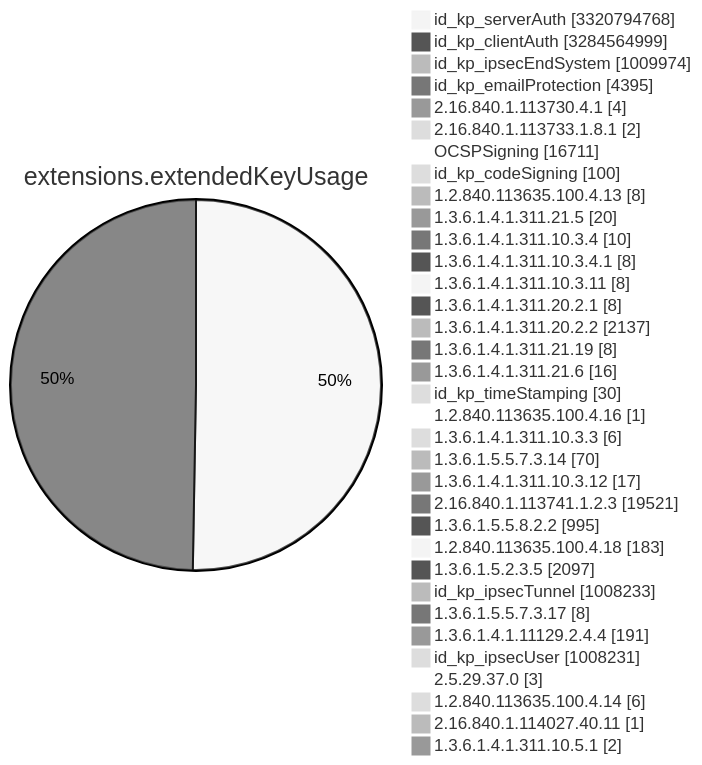
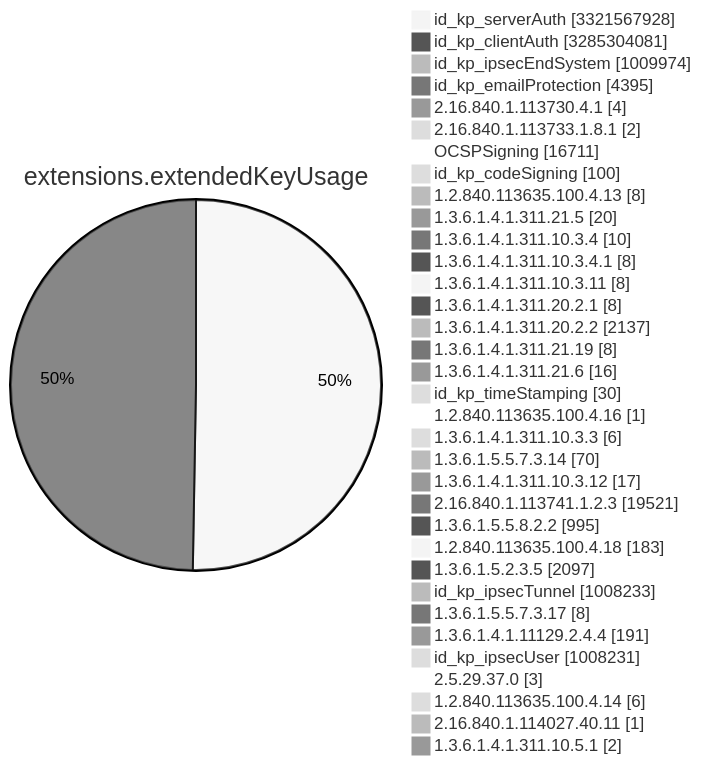
Diagram 11 of 15 in TOTAL/README.md (christiankrug/ctmonitor_visualization), drawn with Mermaid (neutral theme) before and after one commit. The commit also changed other lines of this file, not shown here.

````diff
--- a/TOTAL/README.md
+++ b/TOTAL/README.md
@@ -4120,38 +4120,38 @@
 ```mermaid
 pie showData
 title extensions.extendedKeyUsage
-"id_kp_serverAuth" :3320794768
-"id_kp_clientAuth" :3284564999
+"id_kp_serverAuth" :3321567928
+"id_kp_clientAuth" :3285304081
 "id_kp_ipsecEndSystem" :1009974
 "id_kp_emailProtection" :4395
 "2.16.840.1.113730.4.1" :4
 "2.16.840.1.113733.1.8.1" :2
 "OCSPSigning" :16711
 "id_kp_codeSigning" :100
 "1.2.840.113635.100.4.13" :8
 "1.3.6.1.4.1.311.21.5" :20
 "1.3.6.1.4.1.311.10.3.4" :10
 "1.3.6.1.4.1.311.10.3.4.1" :8
 "1.3.6.1.4.1.311.10.3.11" :8
 "1.3.6.1.4.1.311.20.2.1" :8
 "1.3.6.1.4.1.311.20.2.2" :2137
 "1.3.6.1.4.1.311.21.19" :8
 "1.3.6.1.4.1.311.21.6" :16
 "id_kp_timeStamping" :30
 "1.2.840.113635.100.4.16" :1
 "1.3.6.1.4.1.311.10.3.3" :6
 "1.3.6.1.5.5.7.3.14" :70
 "1.3.6.1.4.1.311.10.3.12" :17
 "2.16.840.1.113741.1.2.3" :19521
 "1.3.6.1.5.5.8.2.2" :995
 "1.2.840.113635.100.4.18" :183
 "1.3.6.1.5.2.3.5" :2097
 "id_kp_ipsecTunnel" :1008233
 "1.3.6.1.5.5.7.3.17" :8
 "1.3.6.1.4.1.11129.2.4.4" :191
 "id_kp_ipsecUser" :1008231
 "2.5.29.37.0" :3
 "1.2.840.113635.100.4.14" :6
 "2.16.840.1.114027.40.11" :1
 "1.3.6.1.4.1.311.10.5.1" :2
 ```
````
